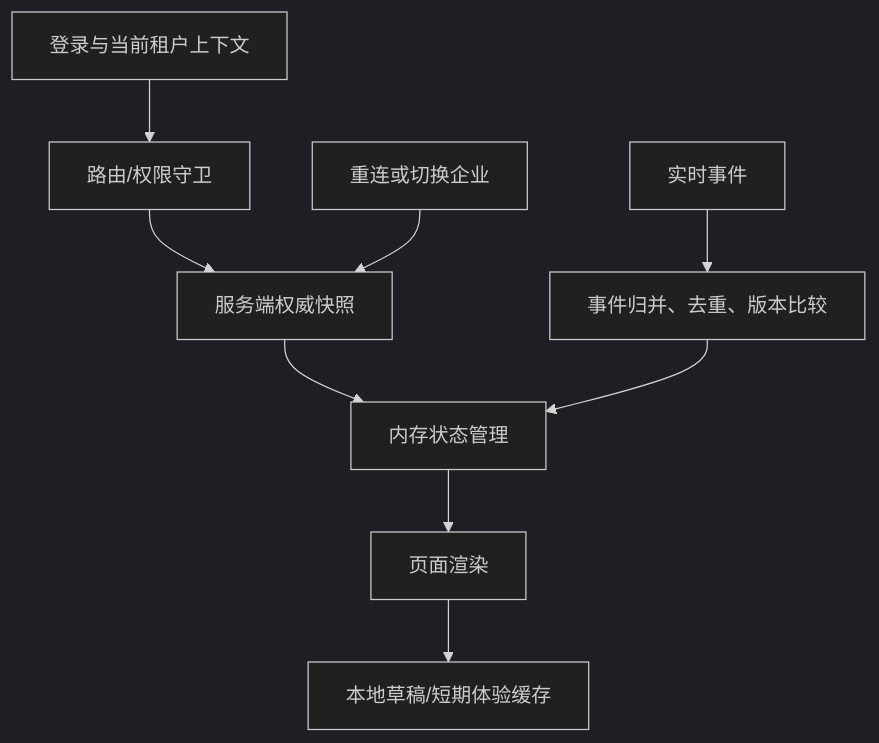
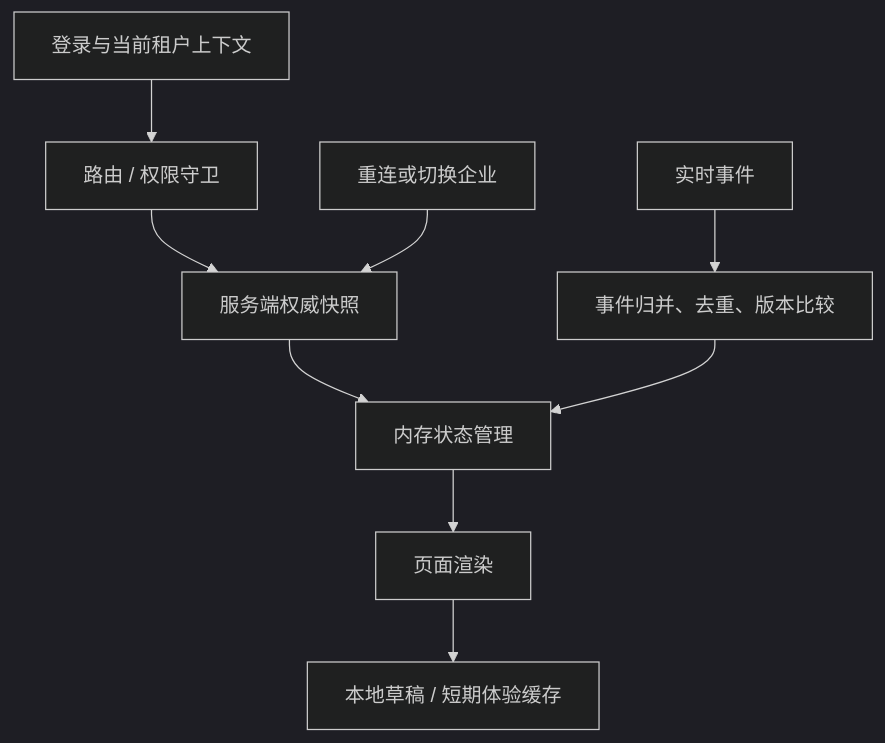
The sixth of 8 diagrams in docs/marketing/articles/juejin-collaboration-engineering-review.md (jinzheyi/yubb-saas-pro), drawn with Mermaid (dark theme) before and after one commit. The commit also changed other lines of this file and 2 other files, not shown here.

Commit message:
docs: add Toutiao article and fix Juejin diagrams

````diff
--- a/docs/marketing/articles/juejin-collaboration-engineering-review.md
+++ b/docs/marketing/articles/juejin-collaboration-engineering-review.md
@@ -283,11 +271,11 @@
 ```mermaid
 flowchart TB
-  Token[登录与当前租户上下文] --> Guard[路由/权限守卫]
-  Guard --> Snapshot[服务端权威快照]
-  Snapshot --> Store[内存状态管理]
-  Store --> UI[页面渲染]
-  UI --> Draft[本地草稿/短期体验缓存]
-  WS[实时事件] --> Reducer[事件归并、去重、版本比较]
+  Token["登录与当前租户上下文"] --> Guard["路由 / 权限守卫"]
+  Guard --> Snapshot["服务端权威快照"]
+  Snapshot --> Store["内存状态管理"]
+  Store --> UI["页面渲染"]
+  UI --> Draft["本地草稿 / 短期体验缓存"]
+  WS["实时事件"] --> Reducer["事件归并、去重、版本比较"]
   Reducer --> Store
-  Reconnect[重连或切换企业] --> Snapshot
+  Reconnect["重连或切换企业"] --> Snapshot
 ```
````
